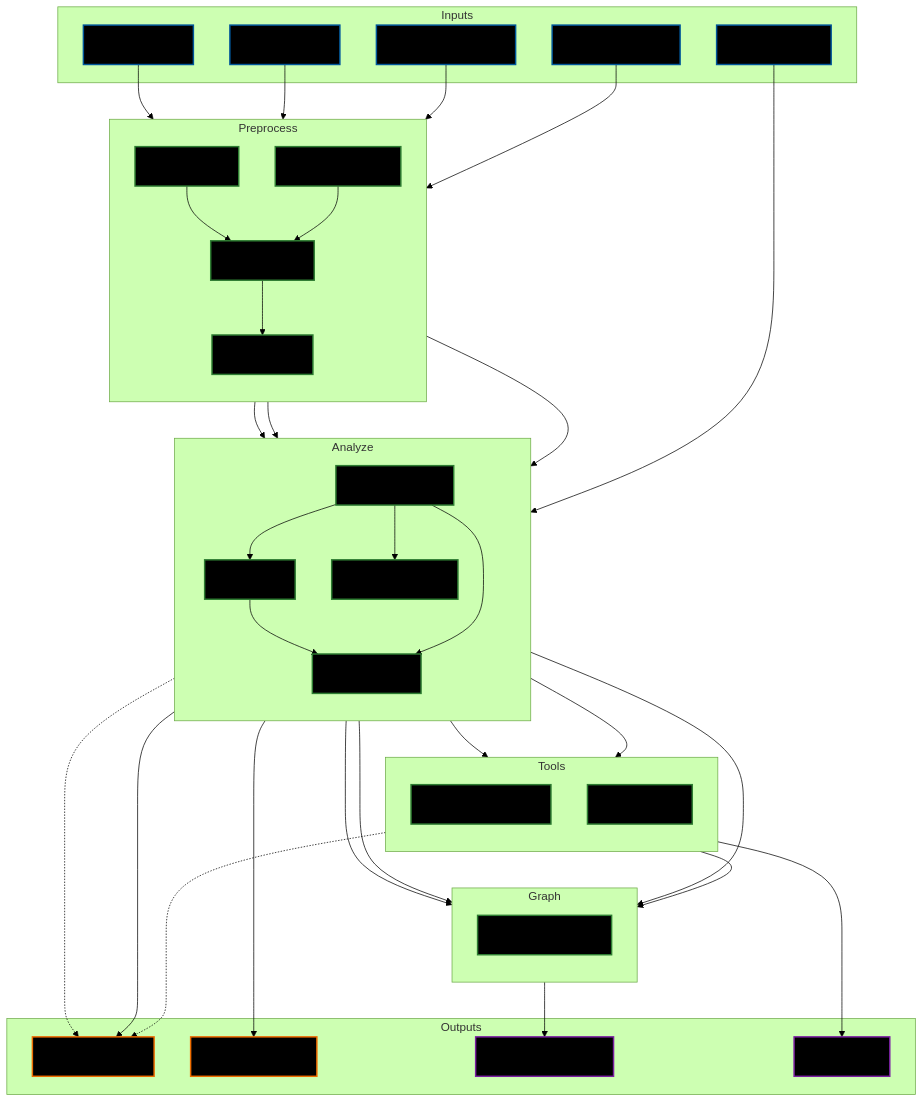
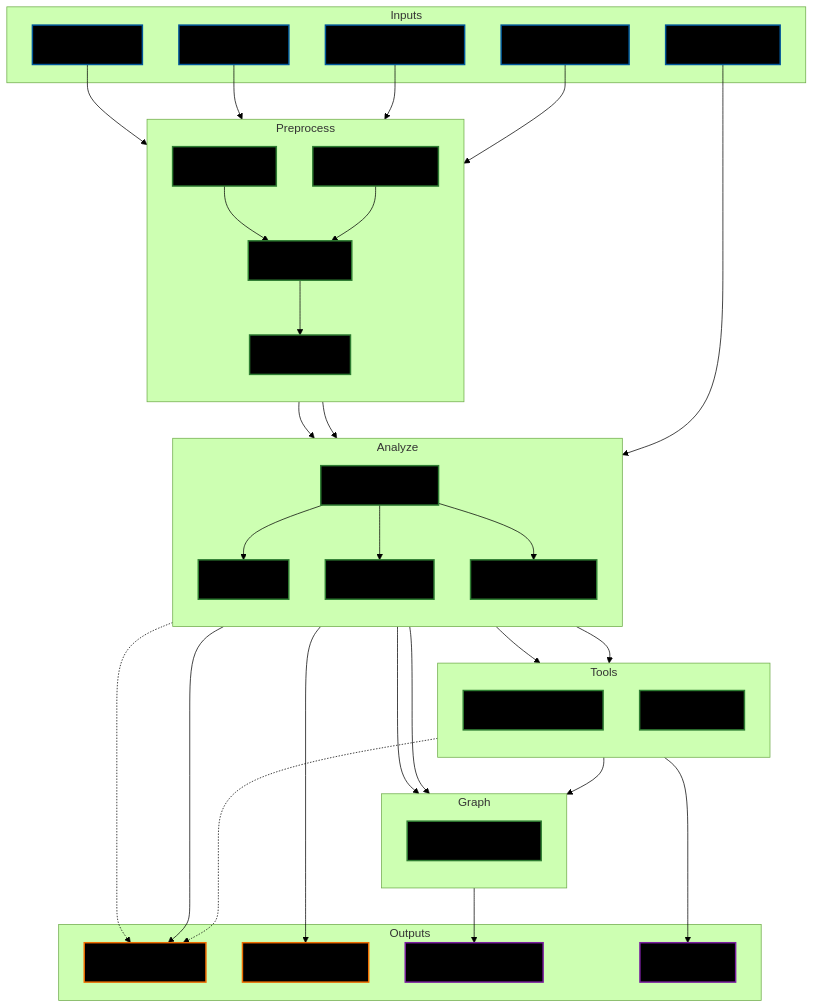
The diagram in docs/advanced_usage.md (alba1735/tRNAgraph), drawn with Mermaid (forest theme) before and after one commit. The commit also changed 2 other files, not shown here.

Commit message:
docs: fix notes in advanced_usage/data_structure/roadmap

```diff
--- a/docs/advanced_usage.md
+++ b/docs/advanced_usage.md
@@ -44,8 +44,6 @@
         MP & MD --> B
         SP --> B
         B --> AS
-        SP --> AS
-        AS --> C
         B --> C
         B --> MG
     end
@@ -65,7 +63,6 @@
 
         C --> V
         B --> V
-        AS --> V
         L2FC --> V
     end
 
```
